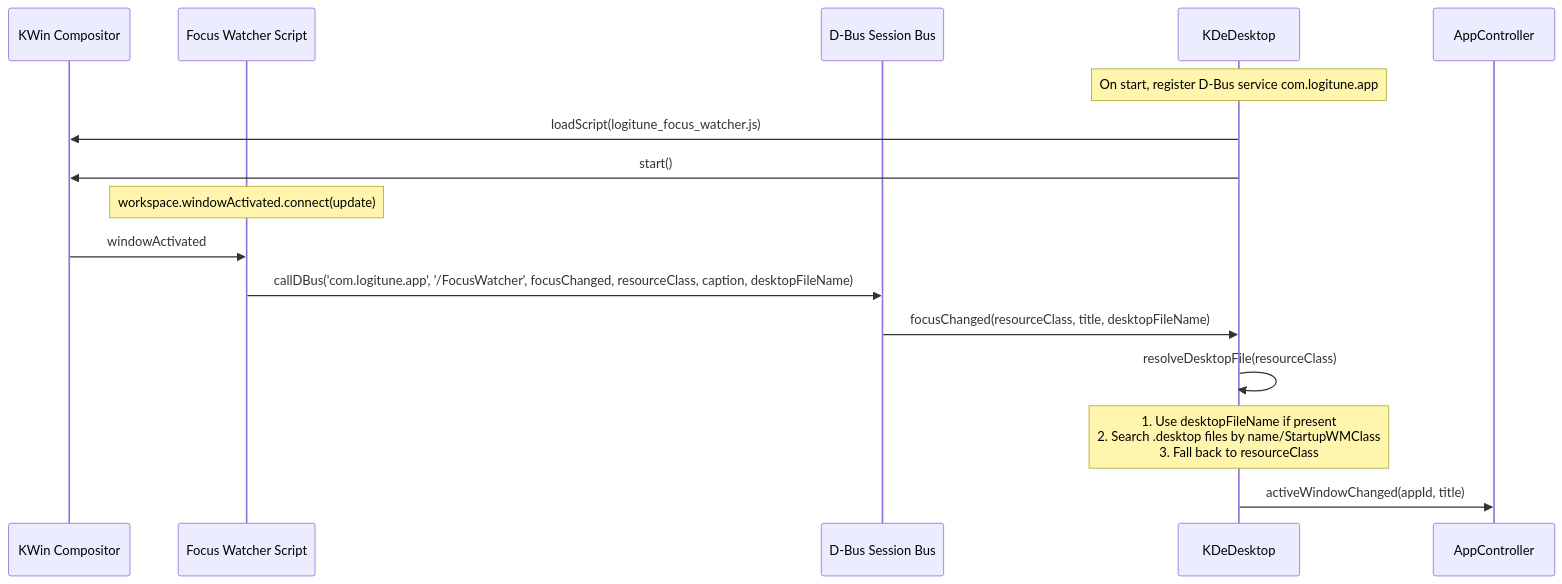
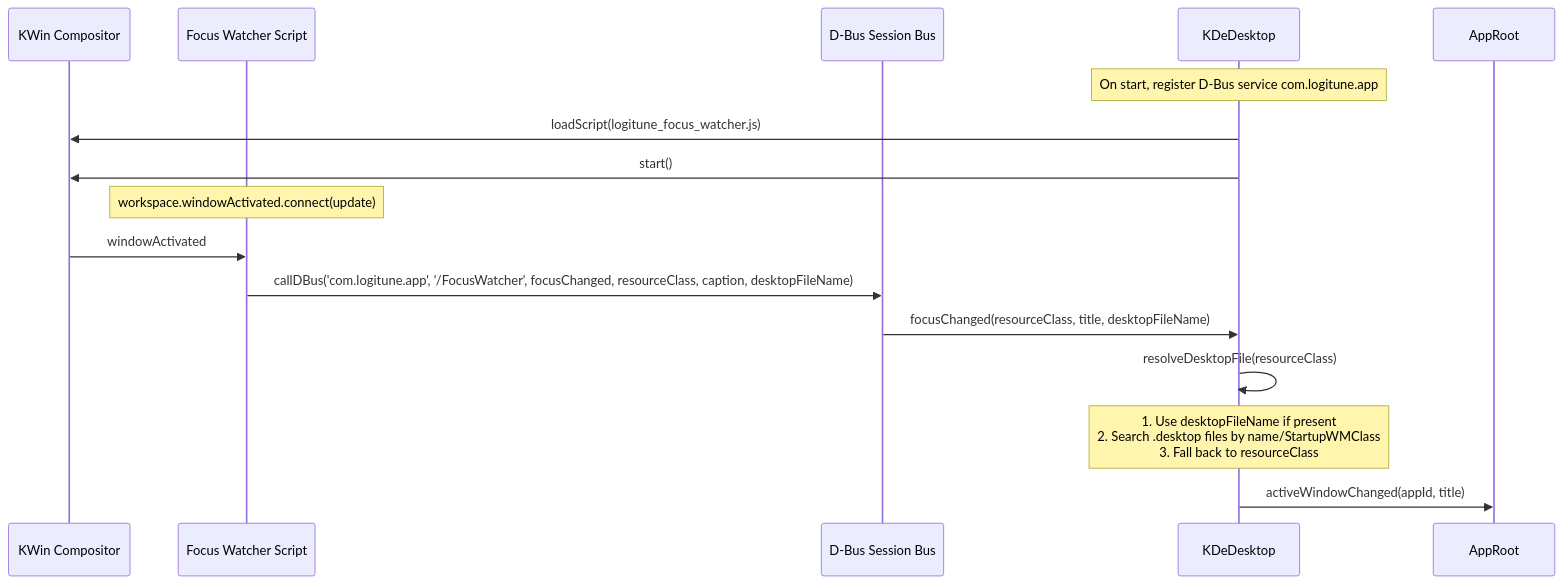
The tenth of 15 diagrams in docs/wiki/Architecture.md (mmaher88/logitune), drawn with Mermaid before and after one commit. The commit also changed other lines of this file and 58 other files, not shown here.

First line of the commit message:
Refactor: extract behavior from AppController, rename to AppRoot, polish class naming, rewrite architecture wiki (closes #107) (#108)

````diff
--- a/docs/wiki/Architecture.md
+++ b/docs/wiki/Architecture.md
@@ -504,23 +700,23 @@
 ```mermaid
 sequenceDiagram
     participant KWin as KWin Compositor
     participant Script as Focus Watcher Script
     participant DBus as D-Bus Session Bus
     participant KDE as KDeDesktop
-    participant AC as AppController
+    participant AC as AppRoot
 
     Note over KDE: On start, register D-Bus service com.logitune.app
     KDE->>KWin: loadScript(logitune_focus_watcher.js)
     KDE->>KWin: start()
 
     Note over Script: workspace.windowActivated.connect(update)
 
     KWin->>Script: windowActivated
     Script->>DBus: callDBus('com.logitune.app', '/FocusWatcher', focusChanged, resourceClass, caption, desktopFileName)
     DBus->>KDE: focusChanged(resourceClass, title, desktopFileName)
 
     KDE->>KDE: resolveDesktopFile(resourceClass)
     Note over KDE: 1. Use desktopFileName if present<br/>2. Search .desktop files by name/StartupWMClass<br/>3. Fall back to resourceClass
 
     KDE->>AC: activeWindowChanged(appId, title)
 ```
````
